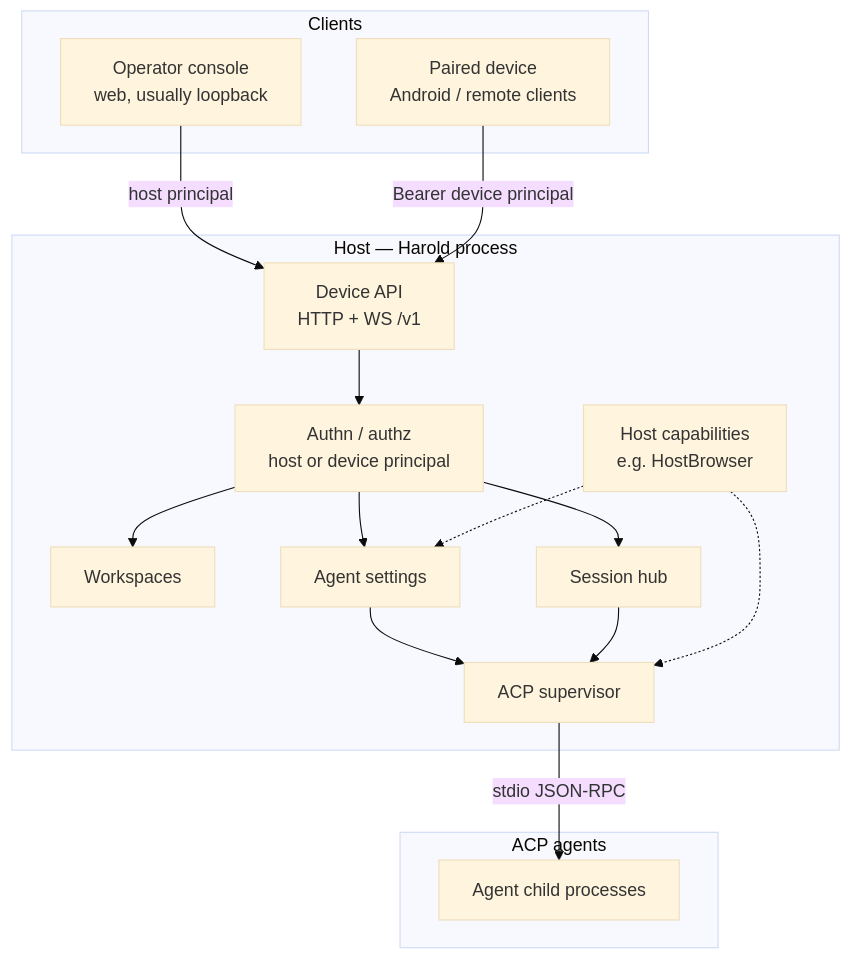
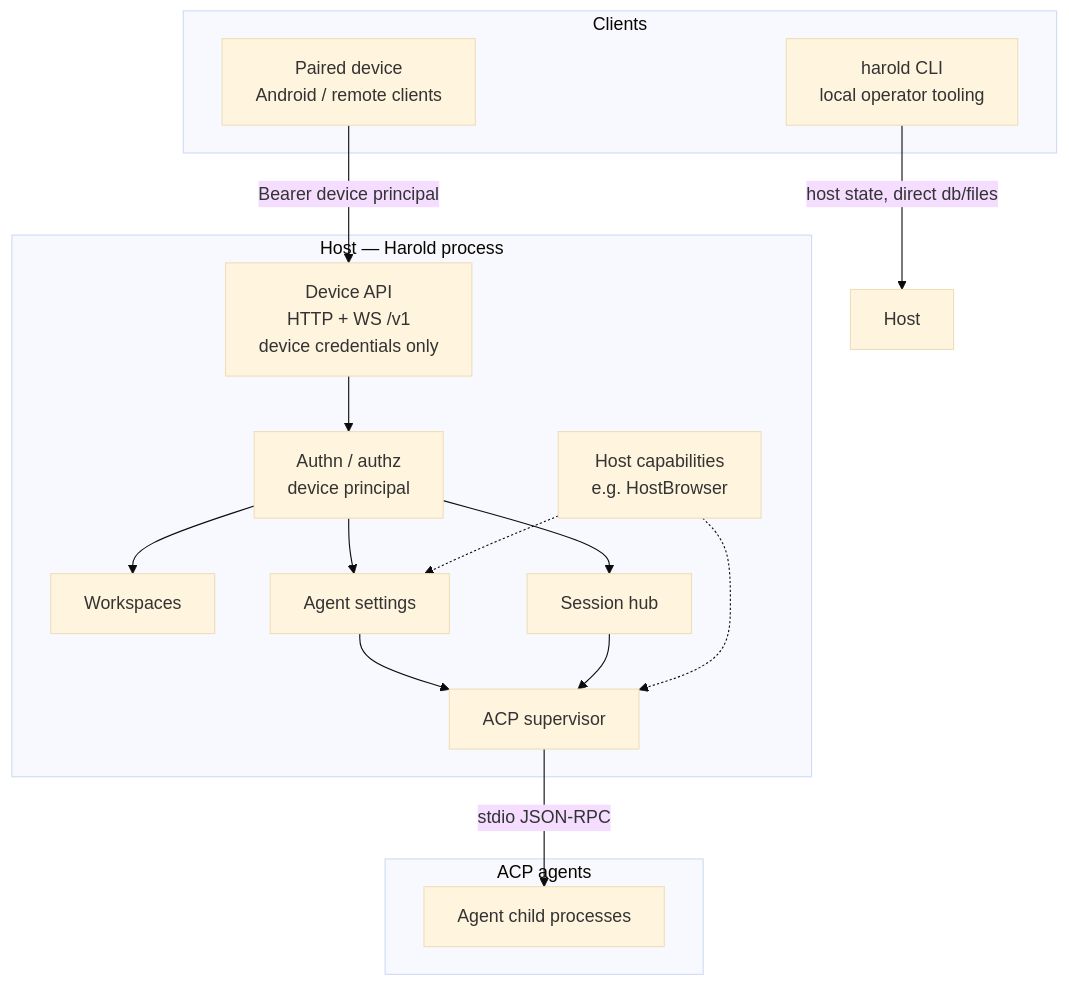
One commit to codenamegary/harold changed the first of 3 diagrams in docs/adr/0000-harold.md. Above: the diagram before and after it, drawn with Mermaid (base theme). The commit also changed other lines of this file and 421 other files, not shown here.

First line of the commit message:
refactor(server)!: retire the console and make HTTP the device-only edge (#333)

````diff
--- a/docs/adr/0000-harold.md
+++ b/docs/adr/0000-harold.md
@@ -49,33 +51,33 @@
 ```mermaid
 flowchart TB
   subgraph clients [Clients]
-    Console[Operator console<br/>web, usually loopback]
+    CLI[harold CLI<br/>local operator tooling]
     Android[Paired device<br/>Android / remote clients]
   end
 
   subgraph host [Host — Harold process]
-    API[Device API<br/>HTTP + WS /v1]
-    Auth[Authn / authz<br/>host or device principal]
+    API[Device API<br/>HTTP + WS /v1<br/>device credentials only]
+    Auth[Authn / authz<br/>device principal]
     Workspaces[Workspaces]
     AgentSettings[Agent settings]
     SessionHub[Session hub]
     Caps[Host capabilities<br/>e.g. HostBrowser]
     Super[ACP supervisor]
   end
 
   subgraph agents [ACP agents]
     Proc[Agent child processes]
   end
 
-  Console -->|host principal| API
+  CLI -->|host state, direct db/files| Host
   Android -->|Bearer device principal| API
   API --> Auth
   Auth --> Workspaces
   Auth --> AgentSettings
   Auth --> SessionHub
   AgentSettings --> Super
   SessionHub --> Super
   Super -->|stdio JSON-RPC| Proc
   Caps -.-> Super
   Caps -.-> AgentSettings
 ```
````
